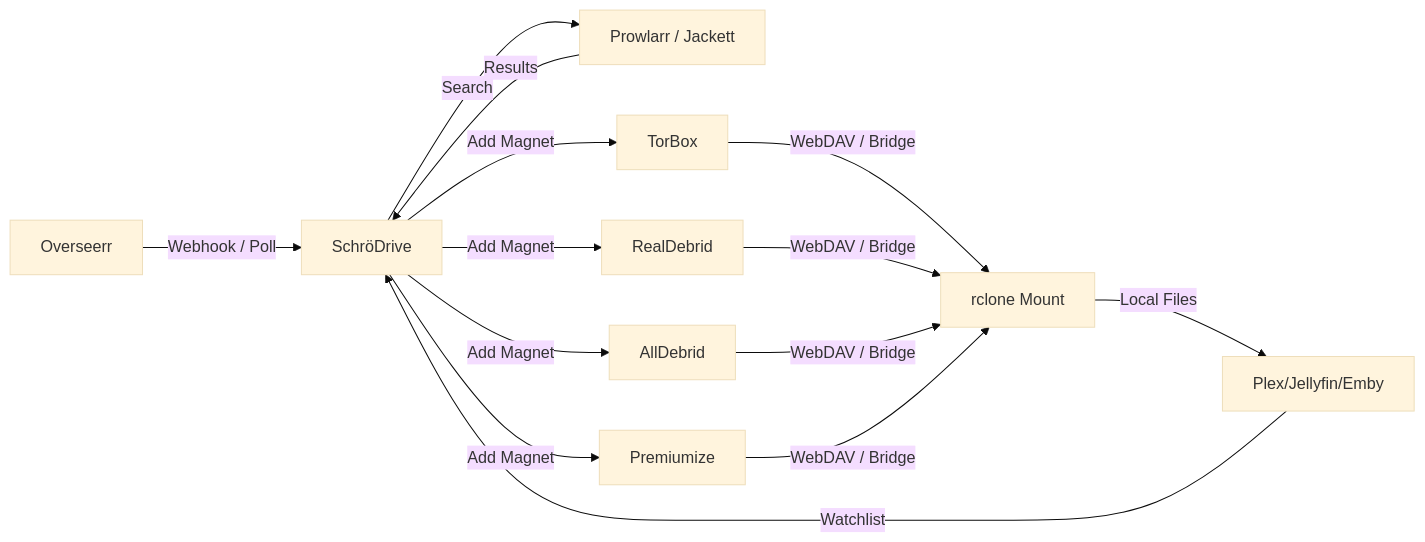
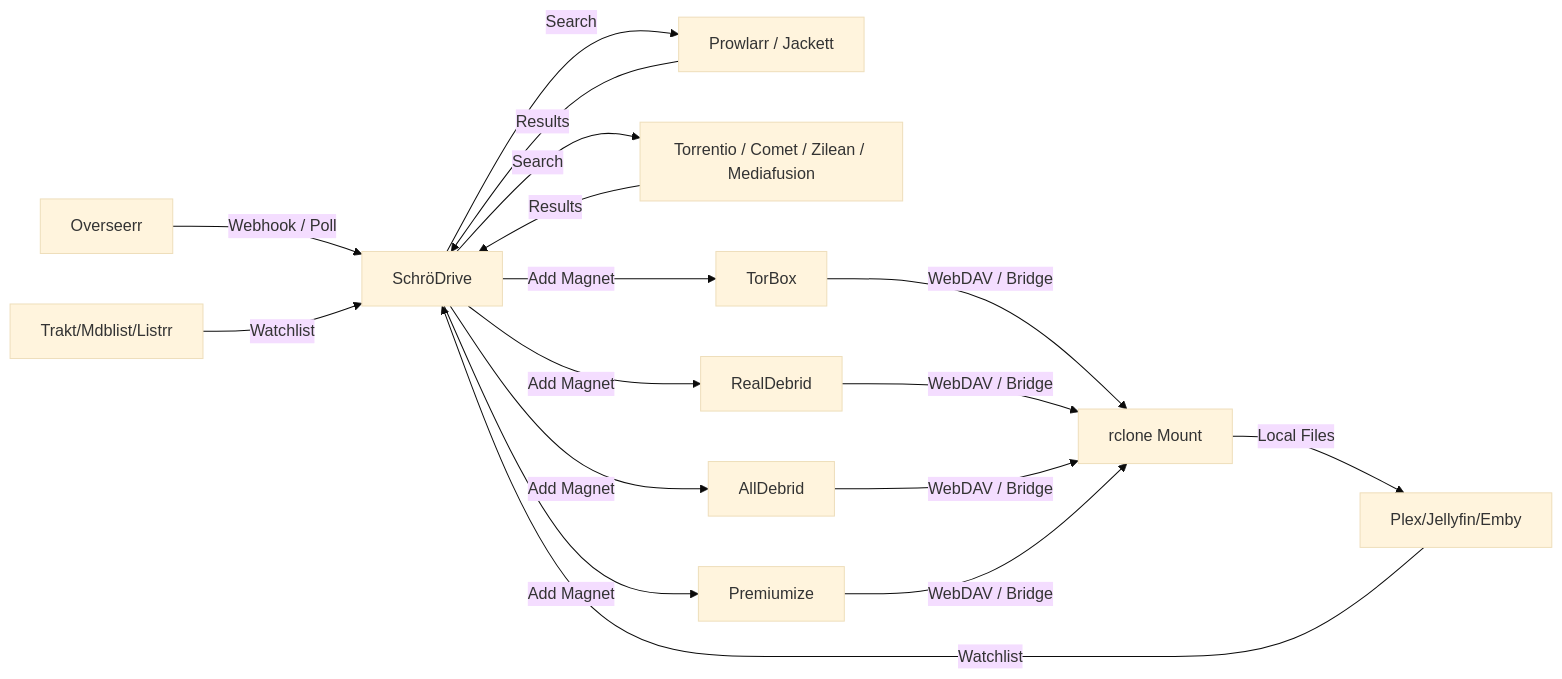
One commit to moderniselife/SchroDrive changed the first of 2 diagrams in README.md. Above: the diagram before and after it, drawn with Mermaid (base theme). The commit also changed other lines of this file and 16 other files, not shown here.

````diff
--- a/README.md
+++ b/README.md
@@ -277,16 +286,19 @@
 ```mermaid
 graph LR
     A[Overseerr] -->|Webhook / Poll| B[SchröDrive]
     C[Plex/Jellyfin/Emby] -->|Watchlist| B
+    C2[Trakt/Mdblist/Listrr] -->|Watchlist| B
     B -->|Search| D[Prowlarr / Jackett]
+    B -->|Search| D2[Torrentio / Comet / Zilean / Mediafusion]
     D -->|Results| B
+    D2 -->|Results| B
     B -->|Add Magnet| E[TorBox]
     B -->|Add Magnet| F[RealDebrid]
     B -->|Add Magnet| G2[AllDebrid]
     B -->|Add Magnet| G3[Premiumize]
     E -->|WebDAV / Bridge| G[rclone Mount]
     F -->|WebDAV / Bridge| G
     G2 -->|WebDAV / Bridge| G
     G3 -->|WebDAV / Bridge| G
     G -->|Local Files| C
 ```
````
